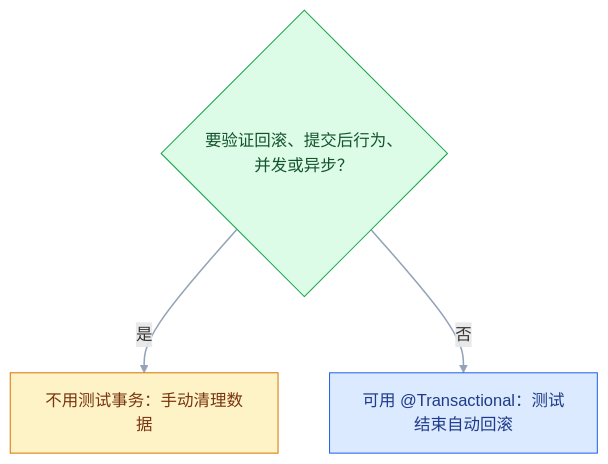
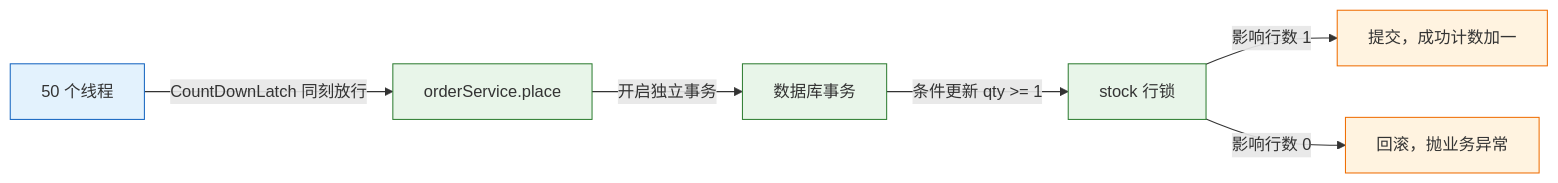
One commit to jimbosuper/studynotes changed the third of 3 diagrams in blog/src/notes/06-测试/02-单元与集成测试/02-集成测试与数据库测试.md. Above: the diagram before and after it, drawn with Mermaid. The commit also changed other lines of this file and 367 other files, not shown here.

````diff
--- a/blog/src/notes/06-测试/02-单元与集成测试/02-集成测试与数据库测试.md
+++ b/blog/src/notes/06-测试/02-单元与集成测试/02-集成测试与数据库测试.md
@@ -665,10 +416,14 @@
 ```mermaid
-flowchart TD
-    classDef client fill:#DBEAFE,stroke:#2563EB,color:#1E3A8A
-    classDef service fill:#DCFCE7,stroke:#16A34A,color:#14532D
-    classDef data fill:#FEF3C7,stroke:#D97706,color:#78350F
-
-    R{"要验证回滚、提交后行为、并发或异步？"}:::service -->|是| N["不用测试事务：手动清理数据"]:::data
-    R -->|否| T["可用 @Transactional：测试结束自动回滚"]:::client
-    linkStyle default stroke:#94A3B8,stroke-width:1.5px
+flowchart LR
+    L["50 个线程"] -->|"CountDownLatch 同刻放行"| S["orderService.place"]
+    S -->|"开启独立事务"| TX["数据库事务"]
+    TX -->|"条件更新 qty >= 1"| R["stock 行锁"]
+    R -->|"影响行数 1"| OK["提交，成功计数加一"]
+    R -->|"影响行数 0"| FAIL["回滚，抛业务异常"]
+    classDef client fill:#e3f2fd,stroke:#1565c0;
+    classDef engine fill:#e8f5e9,stroke:#2e7d32;
+    classDef image fill:#fff3e0,stroke:#ef6c00;
+    class L client
+    class S,TX,R engine
+    class OK,FAIL image
 ```
````
